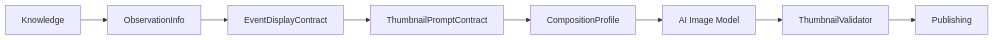
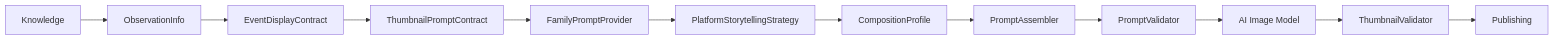
Before and after one commit to Sanjay-pujari/AstronomyVideoGeneration: the first of 4 diagrams in docs/product/ThumbnailArchitecture.md, drawn with Mermaid. The commit also changed other lines of this file and 3 other files, not shown here.

````diff
--- a/docs/product/ThumbnailArchitecture.md
+++ b/docs/product/ThumbnailArchitecture.md
@@ -34,10 +34,14 @@
 ```mermaid
 flowchart LR
     K[Knowledge] --> O[ObservationInfo]
     O --> E[EventDisplayContract]
     E --> P[ThumbnailPromptContract]
-    P --> C[CompositionProfile]
-    C --> AI[AI Image Model]
+    P --> F[FamilyPromptProvider]
+    F --> S[PlatformStorytellingStrategy]
+    S --> C[CompositionProfile]
+    C --> A[PromptAssembler]
+    A --> PV[PromptValidator]
+    PV --> AI[AI Image Model]
     AI --> V[ThumbnailValidator]
     V --> Pub[Publishing]
 ```
````
